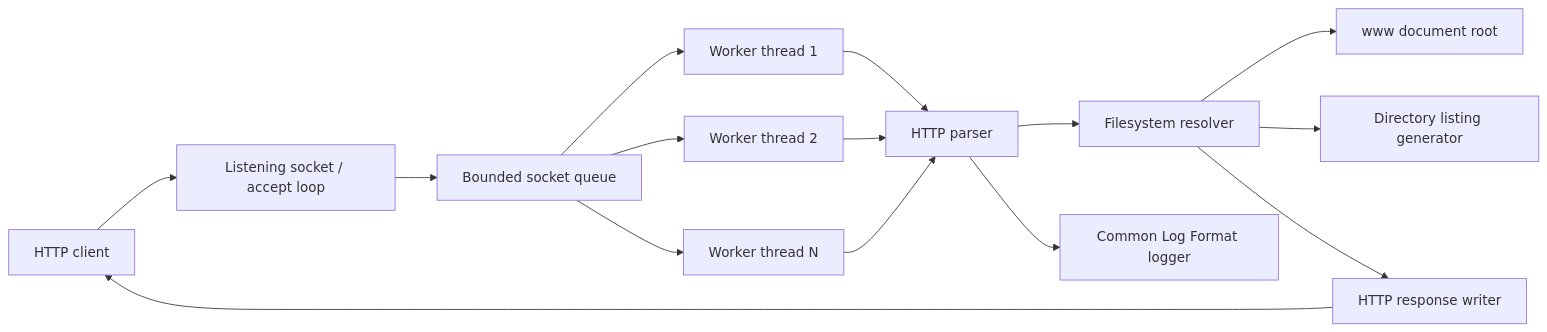
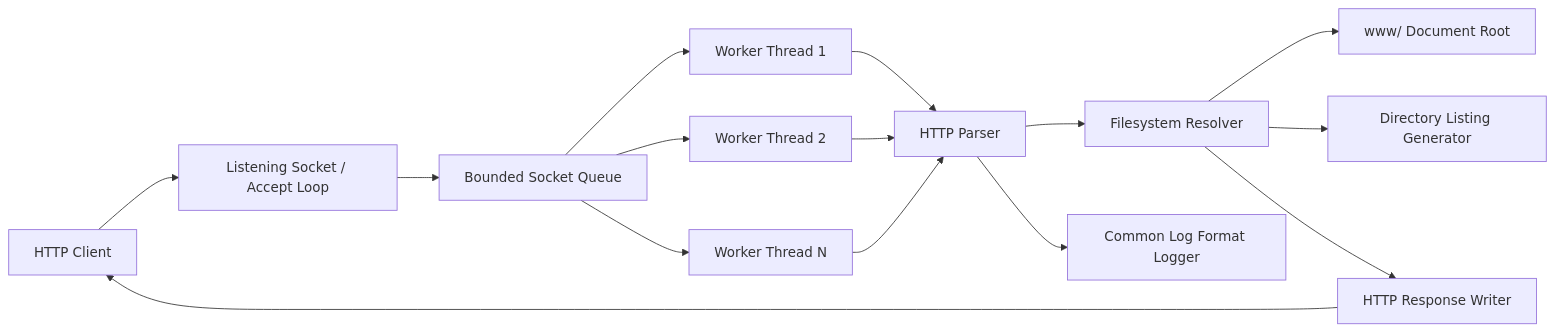
The first of 4 diagrams in report/report.md (thinhkb/final_system_progamming), drawn with Mermaid before and after one commit. The commit also changed other lines of this file and 9 other files, not shown here.

````diff
--- a/report/report.md
+++ b/report/report.md
@@ -40,17 +109,17 @@
 ```mermaid
 flowchart LR
-    Client["HTTP client"] --> Listener["Listening socket / accept loop"]
-    Listener --> Queue["Bounded socket queue"]
-    Queue --> WorkerA["Worker thread 1"]
-    Queue --> WorkerB["Worker thread 2"]
-    Queue --> WorkerN["Worker thread N"]
-    WorkerA --> Parser["HTTP parser"]
+    Client["HTTP Client"] --> Listener["Listening Socket / Accept Loop"]
+    Listener --> Queue["Bounded Socket Queue"]
+    Queue --> WorkerA["Worker Thread 1"]
+    Queue --> WorkerB["Worker Thread 2"]
+    Queue --> WorkerN["Worker Thread N"]
+    WorkerA --> Parser["HTTP Parser"]
     WorkerB --> Parser
     WorkerN --> Parser
-    Parser --> Files["Filesystem resolver"]
-    Files --> DocRoot["www document root"]
-    Files --> Listing["Directory listing generator"]
-    Parser --> Logger["Common Log Format logger"]
-    Files --> Response["HTTP response writer"]
+    Parser --> Files["Filesystem Resolver"]
+    Files --> DocRoot["www/ Document Root"]
+    Files --> Listing["Directory Listing Generator"]
+    Parser --> Logger["Common Log Format Logger"]
+    Files --> Response["HTTP Response Writer"]
     Response --> Client
 ```
````
